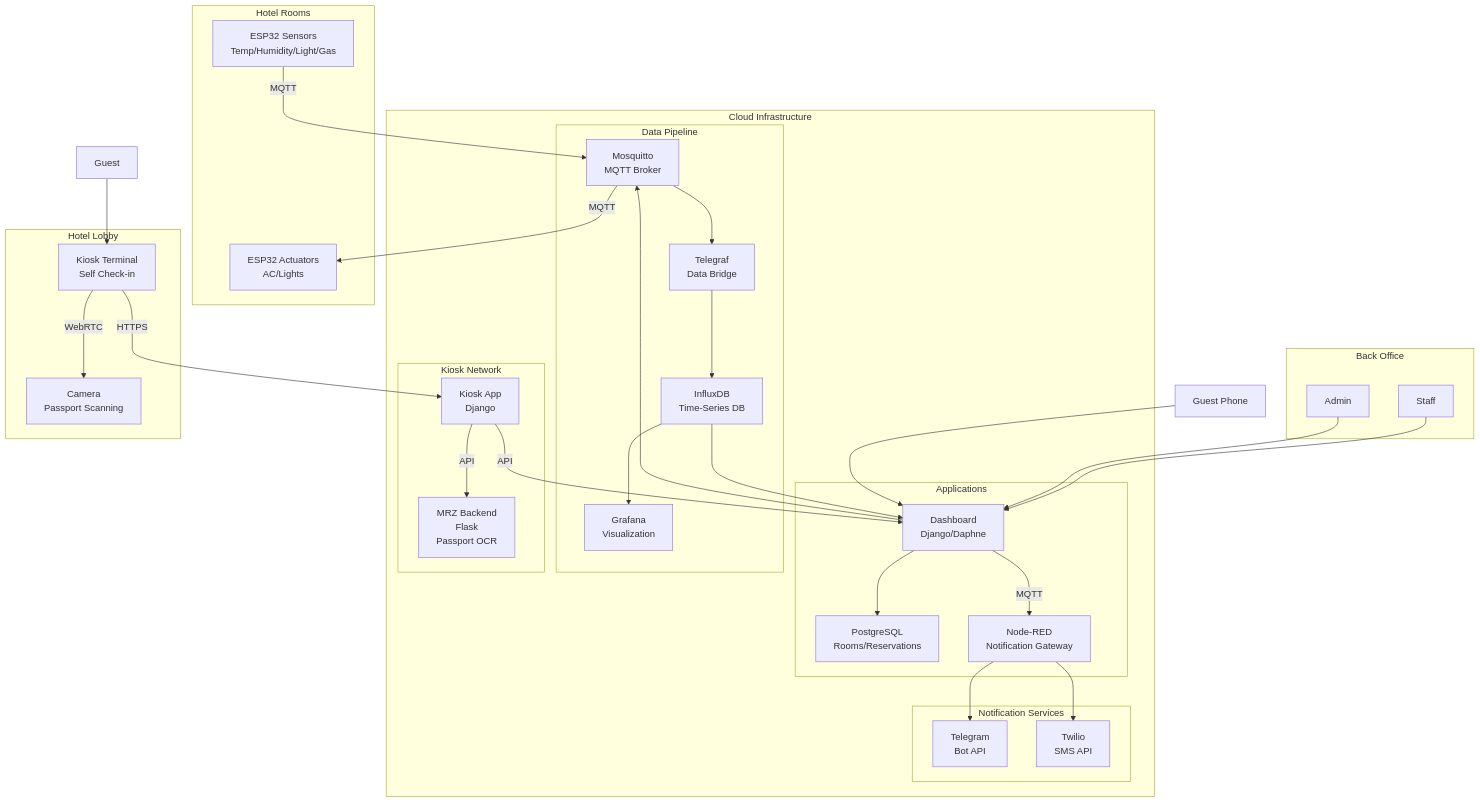
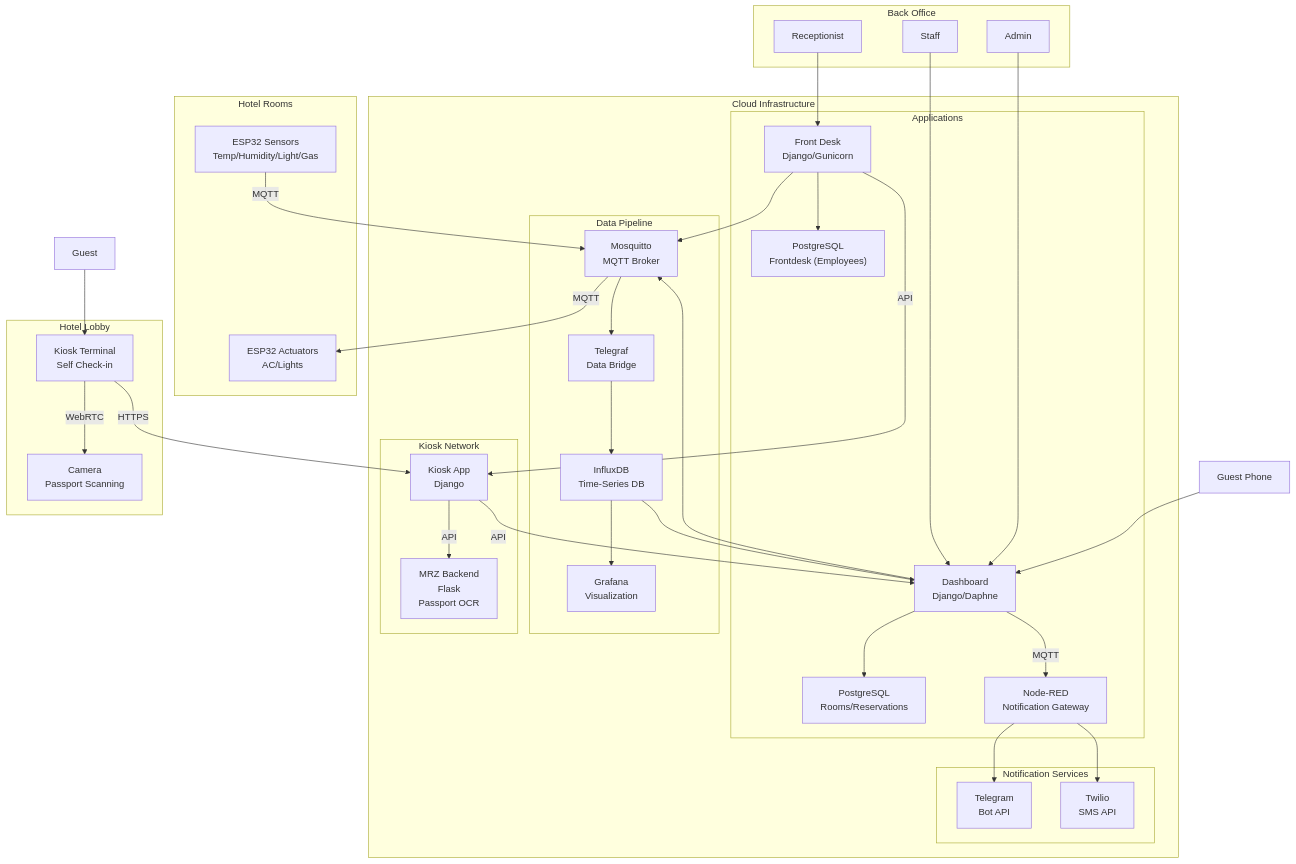
Before and after one commit to omarmx9/smart-hotel: the diagram in README.md, drawn with Mermaid. The commit also changed other lines of this file and 88 other files, not shown here.

First line of the commit message:
feat: Add frontdesk app with kiosk database integration

````diff
--- a/README.md
+++ b/README.md
@@ -47,65 +48,73 @@
 ```mermaid
 flowchart TB
     subgraph HOTEL_ROOMS["Hotel Rooms"]
         ESP32_SENSORS["ESP32 Sensors<br/>Temp/Humidity/Light/Gas"]
         ESP32_ACTUATORS["ESP32 Actuators<br/>AC/Lights"]
     end
 
     subgraph CLOUD["Cloud Infrastructure"]
         subgraph APPLICATIONS["Applications"]
             DASHBOARD["Dashboard<br/>Django/Daphne"]
+            FRONTDESK["Front Desk<br/>Django/Gunicorn"]
             POSTGRES["PostgreSQL<br/>Rooms/Reservations"]
+            POSTGRES_FD["PostgreSQL<br/>Frontdesk (Employees)"]
             NODERED["Node-RED<br/>Notification Gateway"]
         end
 
         subgraph NOTIFICATIONS["Notification Services"]
             TELEGRAM["Telegram<br/>Bot API"]
             TWILIO["Twilio<br/>SMS API"]
         end
 
         subgraph DATA_PIPELINE["Data Pipeline"]
             MOSQUITTO["Mosquitto<br/>MQTT Broker"]
             TELEGRAF["Telegraf<br/>Data Bridge"]
             INFLUXDB["InfluxDB<br/>Time-Series DB"]
             GRAFANA["Grafana<br/>Visualization"]
         end
         
         subgraph KIOSK_NETWORK["Kiosk Network"]
             KIOSK_APP["Kiosk App<br/>Django"]
             MRZ_BACKEND["MRZ Backend<br/>Flask<br/>Passport OCR"]
         end
     end
 
     subgraph BACK_OFFICE["Back Office"]
         STAFF["Staff"]
         Admin["Admin"]
+        RECEPTIONIST["Receptionist"]
     end
 
     subgraph HOTEL_LOBBY["Hotel Lobby"]
         KIOSK["Kiosk Terminal<br/>Self Check-in"]
         CAMERA["Camera<br/>Passport Scanning"]
     end
 
     ESP32_SENSORS -->|MQTT| MOSQUITTO
     MOSQUITTO -->|MQTT| ESP32_ACTUATORS
     MOSQUITTO --> TELEGRAF
     TELEGRAF --> INFLUXDB
     INFLUXDB --> GRAFANA
     INFLUXDB --> DASHBOARD
     DASHBOARD --> POSTGRES
     DASHBOARD -->|MQTT| NODERED
     DASHBOARD --> MOSQUITTO
     
+    FRONTDESK --> POSTGRES_FD
+    FRONTDESK -->|API| KIOSK_APP
+    FRONTDESK --> MOSQUITTO
+    
     NODERED --> TELEGRAM
     NODERED --> TWILIO
     
     KIOSK -->|WebRTC| CAMERA
     KIOSK -->|HTTPS| KIOSK_APP
     KIOSK_APP -->|API| MRZ_BACKEND
     KIOSK_APP -->|API| DASHBOARD
     
     STAFF --> DASHBOARD
     Admin --> DASHBOARD
+    RECEPTIONIST --> FRONTDESK
     GUEST["Guest"] --> KIOSK
     GUEST_PHONE["Guest Phone"] --> DASHBOARD
 ```
````
